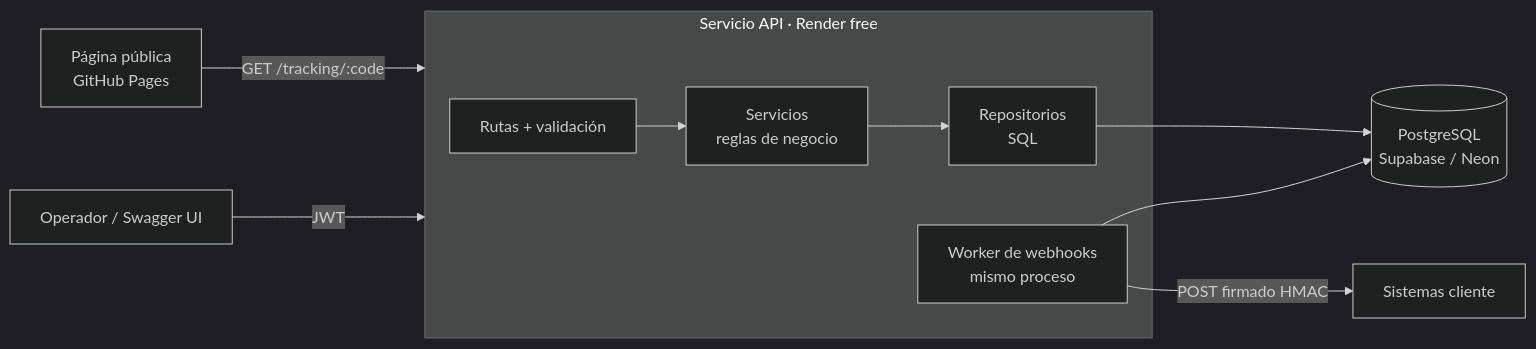
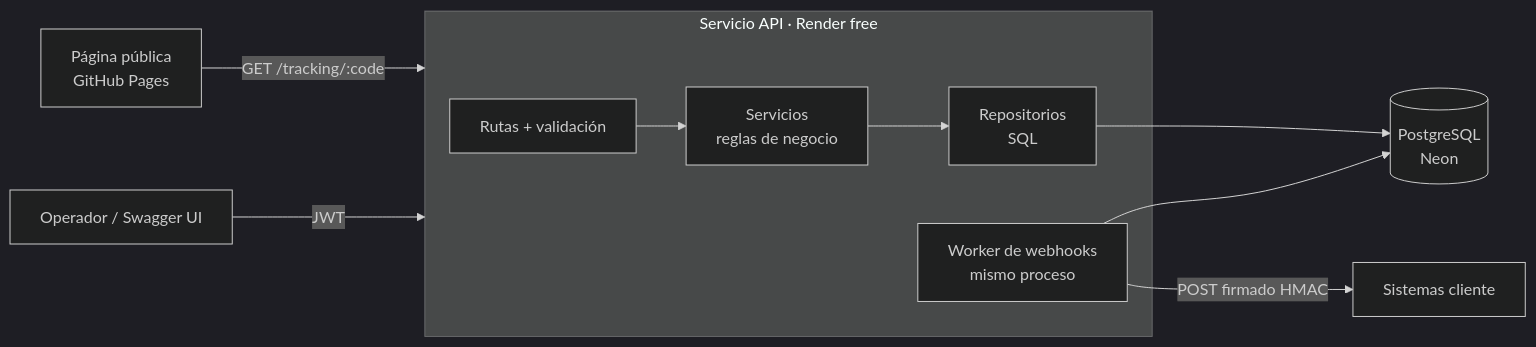
The first of 3 diagrams in docs/diseno.md (PEDROMIRAS/logitrack-api), drawn with Mermaid (dark theme) before and after one commit. The commit also changed other lines of this file and 2 other files, not shown here.

First line of the commit message:
Revisión del diseño: crear envío, D11 (Neon) y D12 (primer ADMIN) (#2)

````diff
--- a/docs/diseno.md
+++ b/docs/diseno.md
@@ -20,13 +20,13 @@
 ```mermaid
 flowchart LR
     P[Página pública<br/>GitHub Pages] -->|GET /tracking/:code| API
     O[Operador / Swagger UI] -->|JWT| API
     subgraph API[Servicio API · Render free]
         R[Rutas + validación] --> S[Servicios<br/>reglas de negocio]
         S --> Repo[Repositorios<br/>SQL]
         W[Worker de webhooks<br/>mismo proceso]
     end
-    Repo --> DB[(PostgreSQL<br/>Supabase / Neon)]
+    Repo --> DB[(PostgreSQL<br/>Neon)]
     W --> DB
     W -->|POST firmado HMAC| C[Sistemas cliente]
 ```
````
